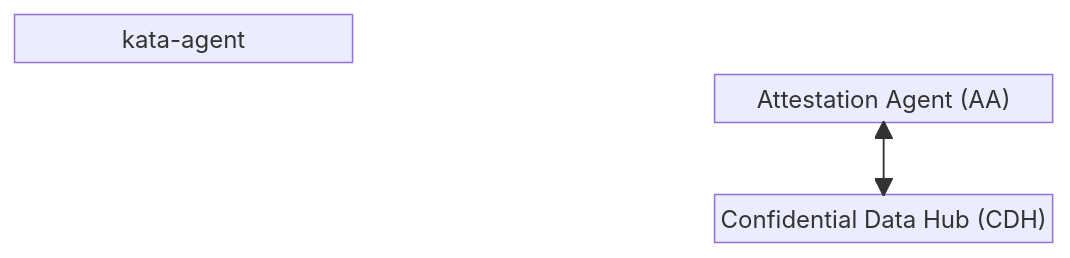
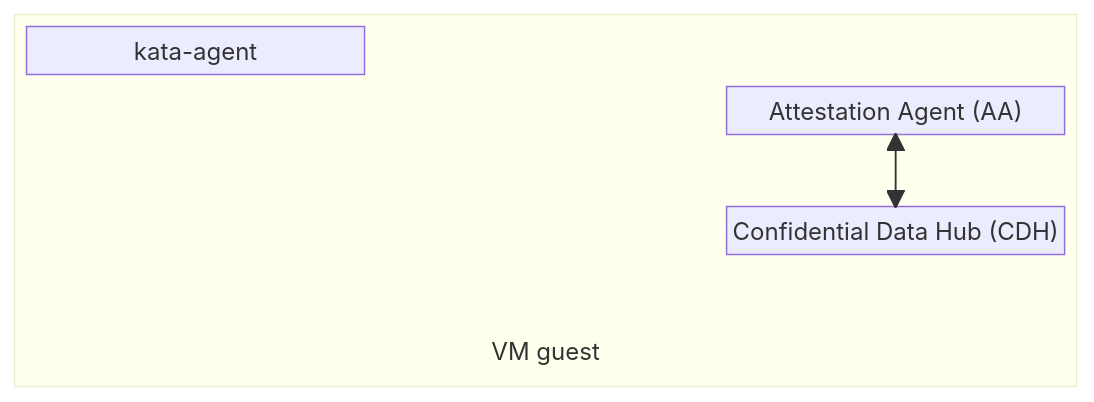
The diagram in mermaid-diagrams.md (jamesodhunt/foo), drawn with Mermaid before and after one commit.

````diff
--- a/mermaid-diagrams.md
+++ b/mermaid-diagrams.md
@@ -1,13 +1,20 @@
 ```mermaid
 block-beta
-  columns 3
-  kata_agent["kata-agent"]:1 space:2
-  space:2 aa["Attestation Agent (AA)"]
-  space:3
-  space:2 cdh["Confidential Data Hub (CDH)"]
+  block:vm
+    columns 3
+    kata_agent["kata-agent"]:1 space:2
+    space:2 aa["Attestation Agent (AA)"]
+    space:3
+    space:2 cdh["Confidential Data Hub (CDH)"]
 
-  %% At the time of writing, mermaid doesn't support
-  %% double-ended arrows for block diagrams, so fake it ;)
-  aa --> cdh
-  cdh --> aa
+    %% At the time of writing, mermaid doesn't support
+    %% double-ended arrows for block diagrams, so fake it ;)
+    aa --> cdh
+    cdh --> aa
+
+    space:3
+    space label["VM guest"] space
+
+    style label fill:none,stroke:none
+  end
 ```
````
